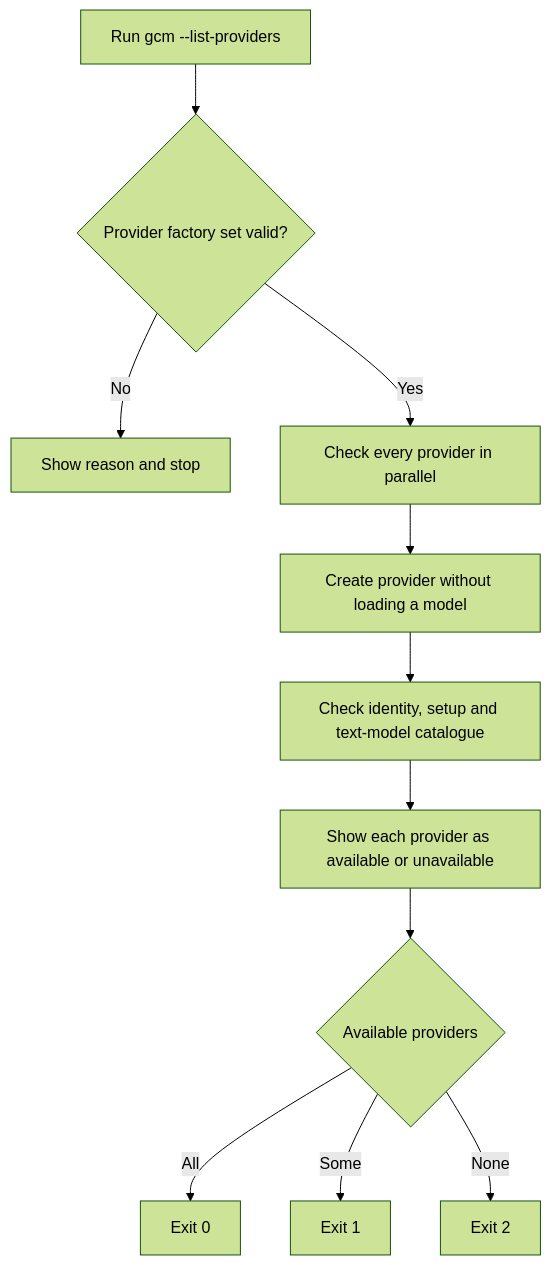
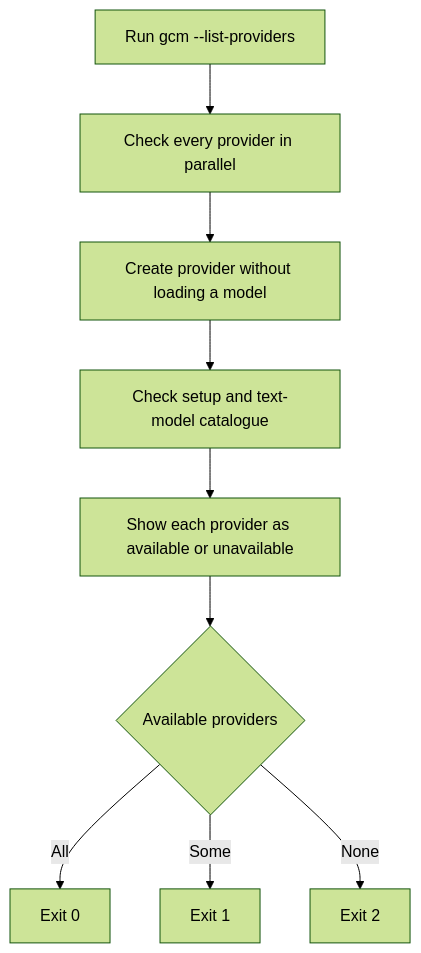
The first of 4 diagrams in docs/user-flow.md (cebreus/gcm), drawn with Mermaid (forest theme) before and after one commit. The commit also changed other lines of this file and 3 other files, not shown here.

````diff
--- a/docs/user-flow.md
+++ b/docs/user-flow.md
@@ -13,13 +13,11 @@
 ```mermaid
 flowchart TD
-  A[Run gcm --list-providers] --> B{Provider factory set valid?}
-  B -- No --> X[Show reason and stop]
-  B -- Yes --> C[Check every provider in parallel]
+  A[Run gcm --list-providers] --> C[Check every provider in parallel]
   C --> D[Create provider without loading a model]
-  D --> E[Check identity, setup and text-model catalogue]
+  D --> E[Check setup and text-model catalogue]
   E --> F[Show each provider as available or unavailable]
   F --> G{Available providers}
   G -- All --> H[Exit 0]
   G -- Some --> I[Exit 1]
   G -- None --> J[Exit 2]
 ```
````
